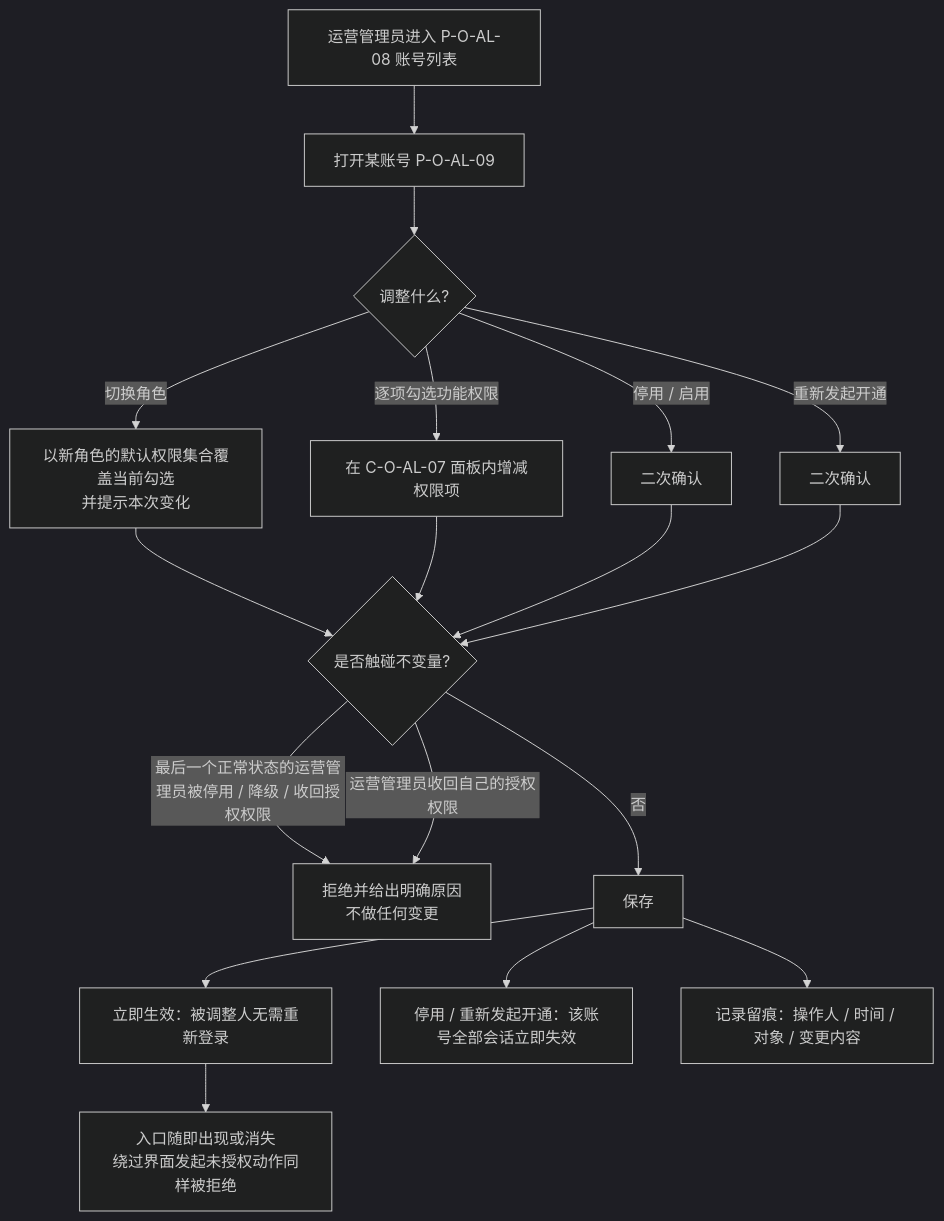
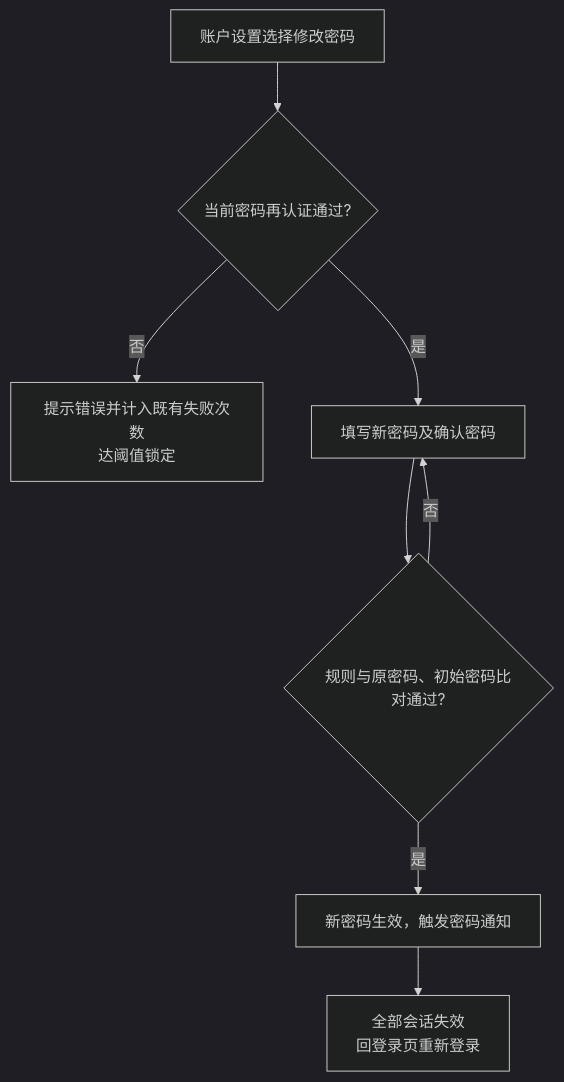
One commit to wxblockchain/Chain-Financing changed the fourth of 8 diagrams in lending-platform/PRD/v1.0-运营端账户与登录/v1.0-运营端账户与登录-流程图与状态机.md. Above: the diagram before and after it, drawn with Mermaid (dark theme). The commit also changed other lines of this file and 4 other files, not shown here.

````diff
--- a/lending-platform/PRD/v1.0-运营端账户与登录/v1.0-运营端账户与登录-流程图与状态机.md
+++ b/lending-platform/PRD/v1.0-运营端账户与登录/v1.0-运营端账户与登录-流程图与状态机.md
@@ -126,20 +88,10 @@
 ```mermaid
 flowchart TD
-    A["运营管理员进入 P-O-AL-08 账号列表"] --> B["打开某账号 P-O-AL-09"]
-    B --> C{"调整什么?"}
-    C -->|切换角色| D["以新角色的默认权限集合覆盖当前勾选<br/>并提示本次变化"]
-    C -->|逐项勾选功能权限| E["在 C-O-AL-07 面板内增减权限项"]
-    C -->|停用 / 启用| F["二次确认"]
-    C -->|重新发起开通| G["二次确认"]
-    D --> H{"是否触碰不变量?"}
-    E --> H
-    F --> H
-    G --> H
-    H -->|"最后一个正常状态的运营管理员被停用 / 降级 / 收回授权权限"| H1["拒绝并给出明确原因<br/>不做任何变更"]
-    H -->|"运营管理员收回自己的授权权限"| H1
-    H -->|否| I["保存"]
-    I --> J["立即生效：被调整人无需重新登录"]
-    J --> K["入口随即出现或消失<br/>绕过界面发起未授权动作同样被拒绝"]
-    I --> L["停用 / 重新发起开通：该账号全部会话立即失效"]
-    I --> M["记录留痕：操作人 / 时间 / 对象 / 变更内容"]
+    A["账户设置选择修改密码"] --> B{"当前密码再认证通过?"}
+    B -->|否| C["提示错误并计入既有失败次数<br/>达阈值锁定"]
+    B -->|是| D["填写新密码及确认密码"]
+    D --> E{"规则与原密码、初始密码比对通过?"}
+    E -->|否| D
+    E -->|是| F["新密码生效，触发密码通知"]
+    F --> G["全部会话失效<br/>回登录页重新登录"]
 ```
````
